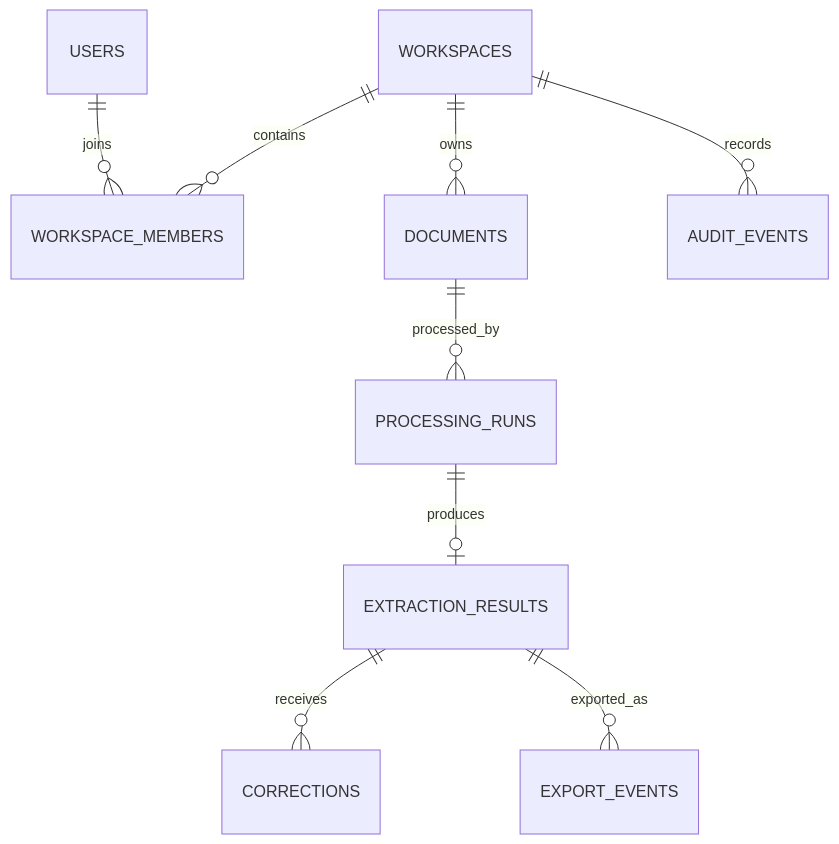
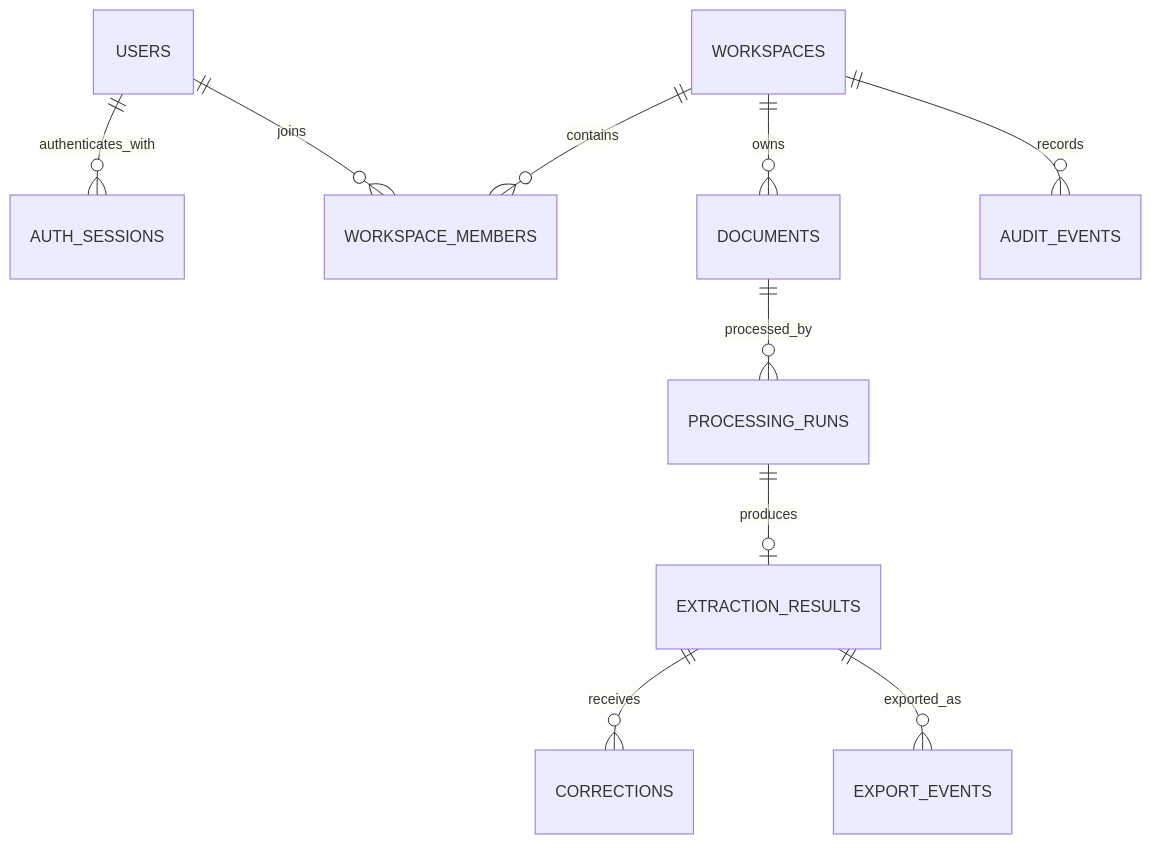
One commit to SriCharanGundla/CAssist changed the first of 3 diagrams in ARCHITECTURE.md. Above: the diagram before and after it, drawn with Mermaid. The commit also changed other lines of this file, not shown here.

Commit message:
docs: lock authentication architecture

````diff
--- a/ARCHITECTURE.md
+++ b/ARCHITECTURE.md
@@ -22,11 +25,12 @@
 ```mermaid
 erDiagram
+    USERS ||--o{ AUTH_SESSIONS : authenticates_with
     USERS ||--o{ WORKSPACE_MEMBERS : joins
     WORKSPACES ||--o{ WORKSPACE_MEMBERS : contains
     WORKSPACES ||--o{ DOCUMENTS : owns
     DOCUMENTS ||--o{ PROCESSING_RUNS : processed_by
     PROCESSING_RUNS ||--o| EXTRACTION_RESULTS : produces
     EXTRACTION_RESULTS ||--o{ CORRECTIONS : receives
     EXTRACTION_RESULTS ||--o{ EXPORT_EVENTS : exported_as
     WORKSPACES ||--o{ AUDIT_EVENTS : records
 ```
````
